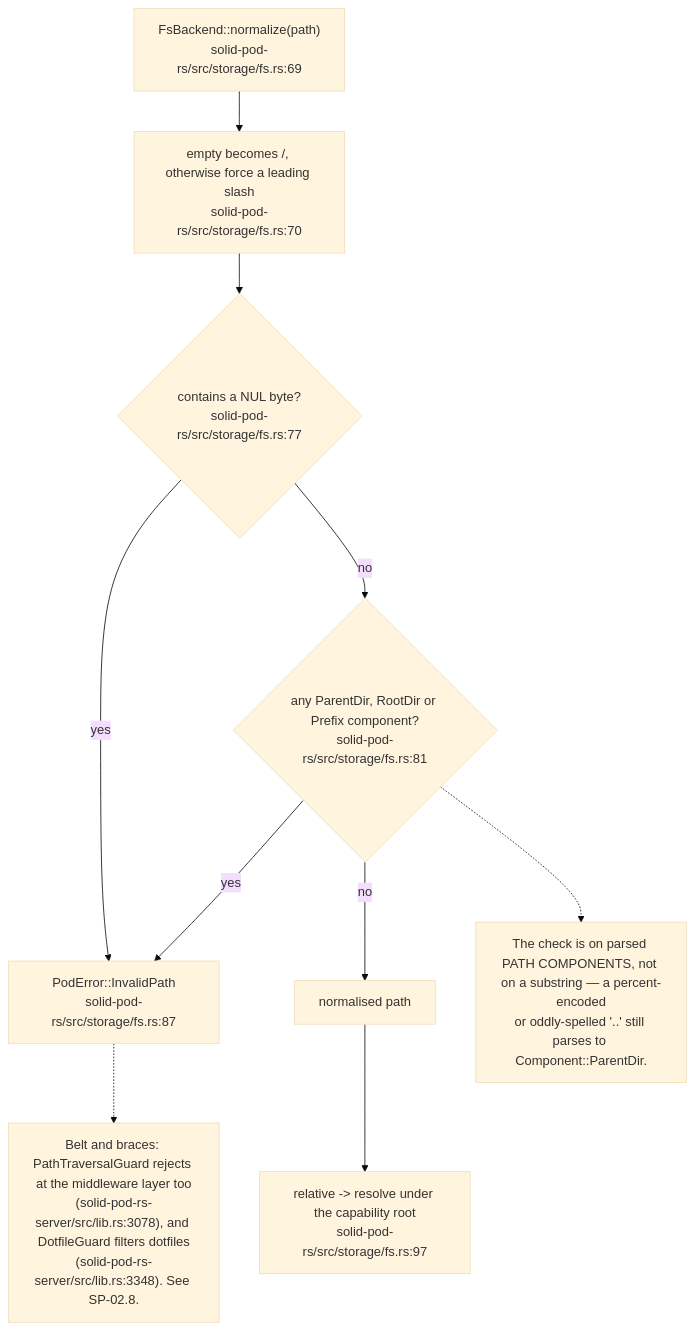
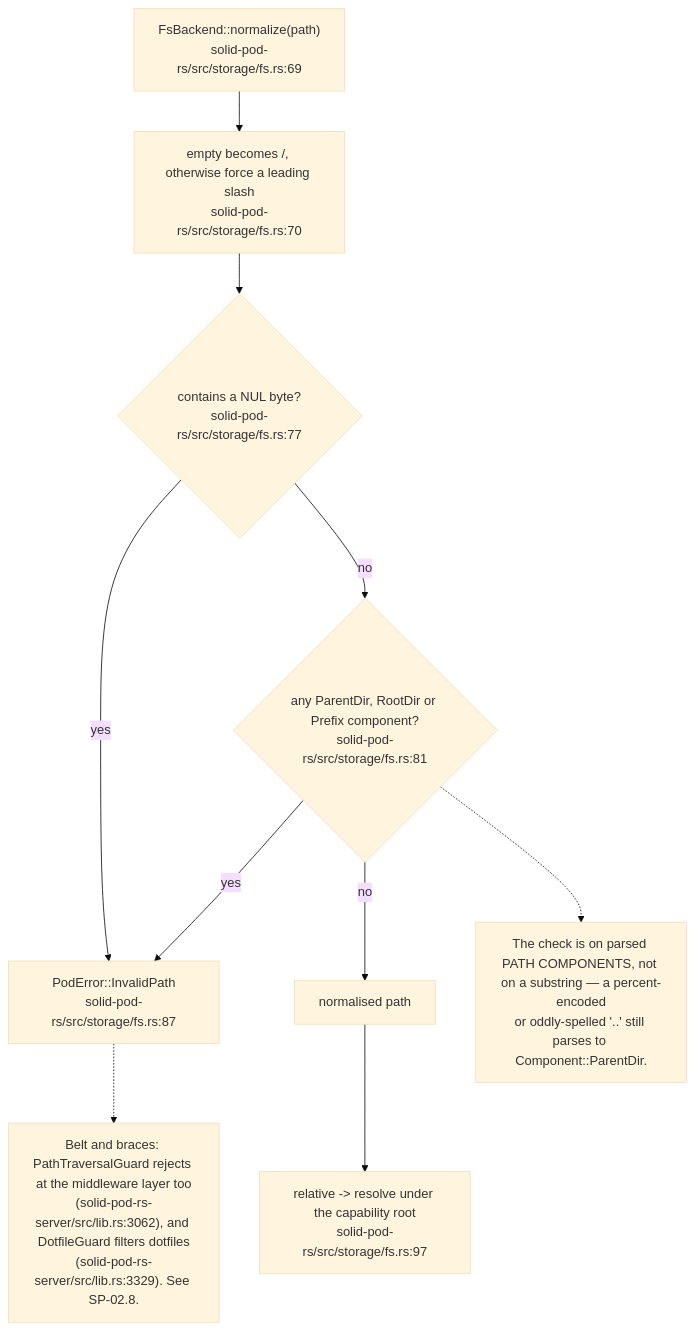
Before and after one commit to DreamLab-AI/VisionFlow: the second of 11 diagrams in docs/diagrams/solid-pod-rs/06-storage-quota-and-git-pods.md, drawn with Mermaid (base theme). The commit also changed other lines of this file and 31 other files, not shown here.

````diff
--- a/docs/diagrams/solid-pod-rs/06-storage-quota-and-git-pods.md
+++ b/docs/diagrams/solid-pod-rs/06-storage-quota-and-git-pods.md
@@ -61,21 +61,21 @@
 ```mermaid
 flowchart TD
     IN["FsBackend::normalize(path)<br/>solid-pod-rs/src/storage/fs.rs:69"]
     LEAD["empty becomes /, otherwise force a leading slash<br/>solid-pod-rs/src/storage/fs.rs:70"]
     NUL{"contains a NUL byte?<br/>solid-pod-rs/src/storage/fs.rs:77"}
     COMP{"any ParentDir, RootDir or Prefix component?<br/>solid-pod-rs/src/storage/fs.rs:81"}
     ERR["PodError::InvalidPath<br/>solid-pod-rs/src/storage/fs.rs:87"]
     OK["normalised path"]
     REL["relative -> resolve under the capability root<br/>solid-pod-rs/src/storage/fs.rs:97"]
 
     IN --> LEAD --> NUL
     NUL -- yes --> ERR
     NUL -- no --> COMP
     COMP -- yes --> ERR
     COMP -- no --> OK --> REL
 
     N["The check is on parsed PATH COMPONENTS, not on a substring — a percent-encoded<br/>or oddly-spelled '..' still parses to Component::ParentDir."]
     COMP -.-> N
-    N2["Belt and braces: PathTraversalGuard rejects at the middleware layer too<br/>(solid-pod-rs-server/src/lib.rs:3078), and DotfileGuard filters dotfiles<br/>(solid-pod-rs-server/src/lib.rs:3348). See SP-02.8."]
+    N2["Belt and braces: PathTraversalGuard rejects at the middleware layer too<br/>(solid-pod-rs-server/src/lib.rs:3062), and DotfileGuard filters dotfiles<br/>(solid-pod-rs-server/src/lib.rs:3329). See SP-02.8."]
     ERR -.-> N2
 ```
````
